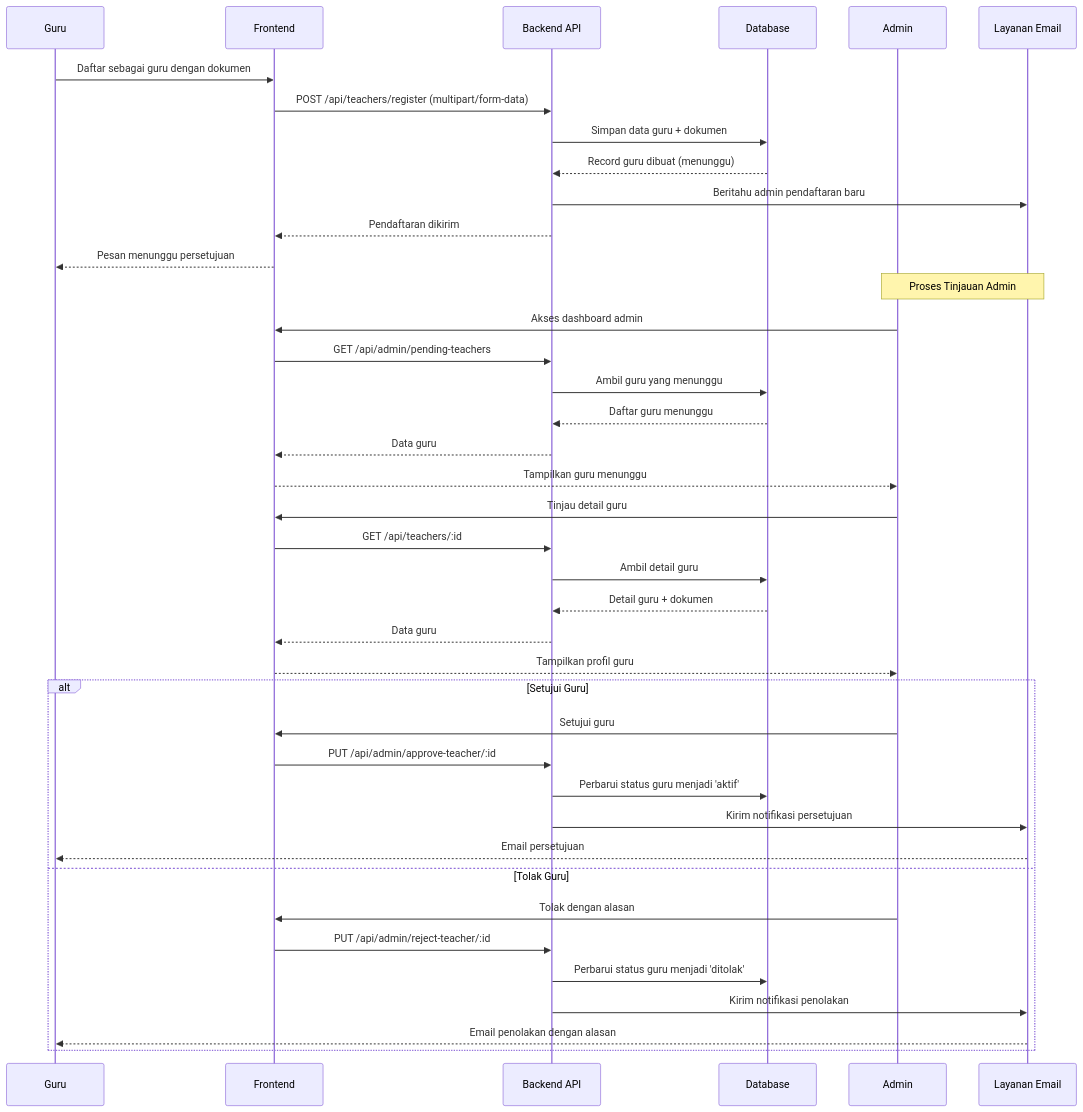
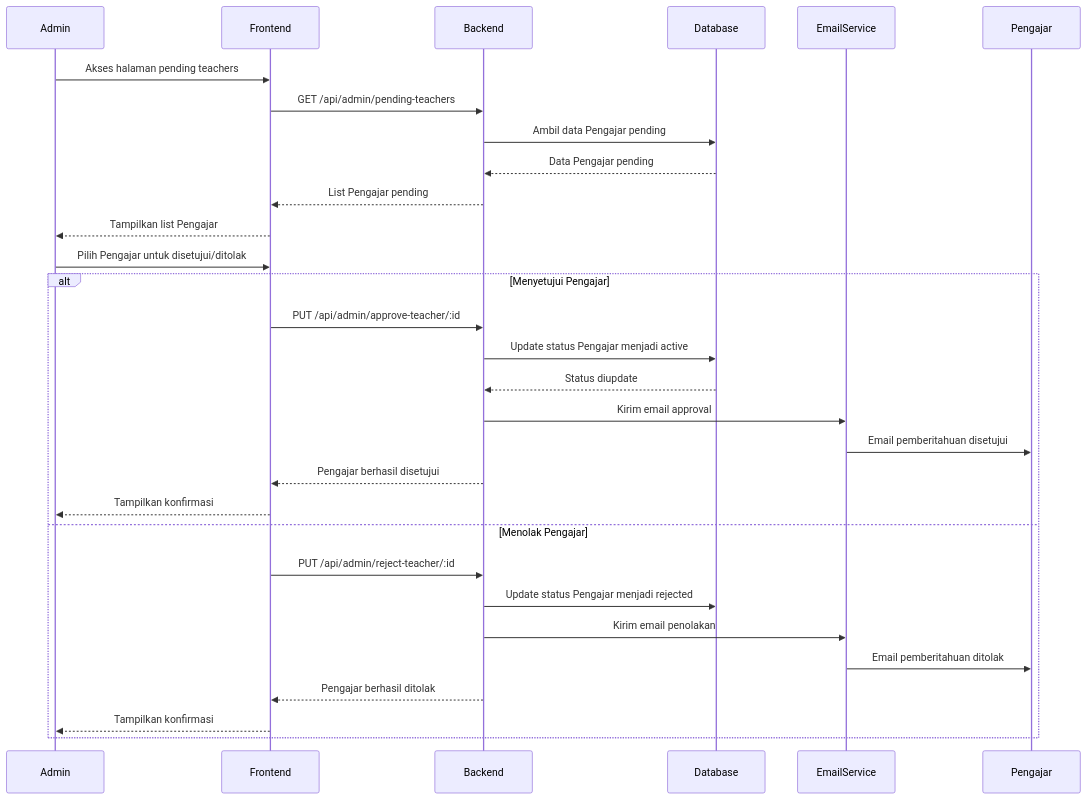
One commit to jonito2005/exam-expert-ai-docs changed the fourth of 10 diagrams in sequence-diagrams.md. Above: the diagram before and after it, drawn with Mermaid. The commit also changed other lines of this file, not shown here.

````diff
--- a/sequence-diagrams.md
+++ b/sequence-diagrams.md
@@ -52,46 +84,33 @@
 ```mermaid
 sequenceDiagram
-    participant T as Guru
-    participant F as Frontend
-    participant API as Backend API
-    participant DB as Database
-    participant A as Admin
-    participant Email as Layanan Email
+    participant Admin
+    participant Frontend
+    participant Backend
+    participant Database
+    participant EmailService
+    participant Pengajar
 
-    T->>F: Daftar sebagai guru dengan dokumen
-    F->>API: POST /api/teachers/register (multipart/form-data)
-    API->>DB: Simpan data guru + dokumen
-    DB-->>API: Record guru dibuat (menunggu)
-    API->>Email: Beritahu admin pendaftaran baru
-    API-->>F: Pendaftaran dikirim
-    F-->>T: Pesan menunggu persetujuan
-
-    Note over A,Email: Proses Tinjauan Admin
-    A->>F: Akses dashboard admin
-    F->>API: GET /api/admin/pending-teachers
-    API->>DB: Ambil guru yang menunggu
-    DB-->>API: Daftar guru menunggu
-    API-->>F: Data guru
-    F-->>A: Tampilkan guru menunggu
-
-    A->>F: Tinjau detail guru
-    F->>API: GET /api/teachers/:id
-    API->>DB: Ambil detail guru
-    DB-->>API: Detail guru + dokumen
-    API-->>F: Data guru
-    F-->>A: Tampilkan profil guru
-
-    alt Setujui Guru
-        A->>F: Setujui guru
-        F->>API: PUT /api/admin/approve-teacher/:id
-        API->>DB: Perbarui status guru menjadi 'aktif'
-        API->>Email: Kirim notifikasi persetujuan
-        Email-->>T: Email persetujuan
-    else Tolak Guru
-        A->>F: Tolak dengan alasan
-        F->>API: PUT /api/admin/reject-teacher/:id
-        API->>DB: Perbarui status guru menjadi 'ditolak'
-        API->>Email: Kirim notifikasi penolakan
-        Email-->>T: Email penolakan dengan alasan
+    Admin->>Frontend: Akses halaman pending teachers
+    Frontend->>Backend: GET /api/admin/pending-teachers
+    Backend->>Database: Ambil data Pengajar pending
+    Database-->>Backend: Data Pengajar pending
+    Backend-->>Frontend: List Pengajar pending
+    Frontend-->>Admin: Tampilkan list Pengajar
+    Admin->>Frontend: Pilih Pengajar untuk disetujui/ditolak
+    alt Menyetujui Pengajar
+        Frontend->>Backend: PUT /api/admin/approve-teacher/:id
+        Backend->>Database: Update status Pengajar menjadi active
+        Database-->>Backend: Status diupdate
+        Backend->>EmailService: Kirim email approval
+        EmailService->>Pengajar: Email pemberitahuan disetujui
+        Backend-->>Frontend: Pengajar berhasil disetujui
+        Frontend-->>Admin: Tampilkan konfirmasi
+    else Menolak Pengajar
+        Frontend->>Backend: PUT /api/admin/reject-teacher/:id
+        Backend->>Database: Update status Pengajar menjadi rejected
+        Backend->>EmailService: Kirim email penolakan
+        EmailService->>Pengajar: Email pemberitahuan ditolak
+        Backend-->>Frontend: Pengajar berhasil ditolak
+        Frontend-->>Admin: Tampilkan konfirmasi
     end
 ```
````
